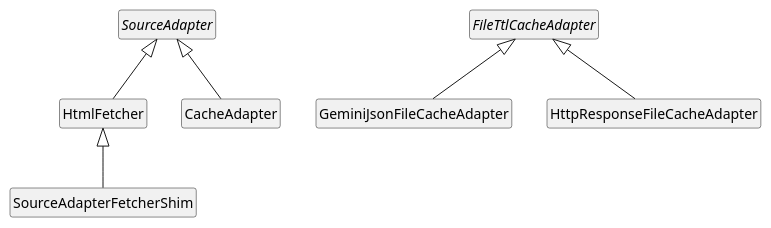
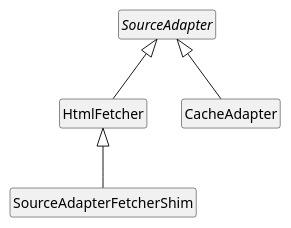
Before and after one commit to bgembalczyk/F1: the diagram in docs/uml/inheritance/adapters.puml, drawn with PlantUML. The commit also changed 7 other files, not shown here.

First line of the commit message:
Merge FileTtlCacheAdapter into ttl.py, delete adapter/ subdir, fix imports, update UML

```diff
--- a/docs/uml/inheritance/adapters.puml
+++ b/docs/uml/inheritance/adapters.puml
@@ -1,25 +1,19 @@
 @startuml
 
 hide circle
 hide empty members
 
 
 abstract class SourceAdapter
-abstract class FileTtlCacheAdapter
 
 class HtmlFetcher
 class CacheAdapter
 class SourceAdapterFetcherShim
-class GeminiJsonFileCacheAdapter
-class HttpResponseFileCacheAdapter
 
 
 SourceAdapter <|-- CacheAdapter
 SourceAdapter <|-- HtmlFetcher
 
-FileTtlCacheAdapter <|-- GeminiJsonFileCacheAdapter
-FileTtlCacheAdapter <|-- HttpResponseFileCacheAdapter
-
 HtmlFetcher <|-- SourceAdapterFetcherShim
 
 @enduml
```
